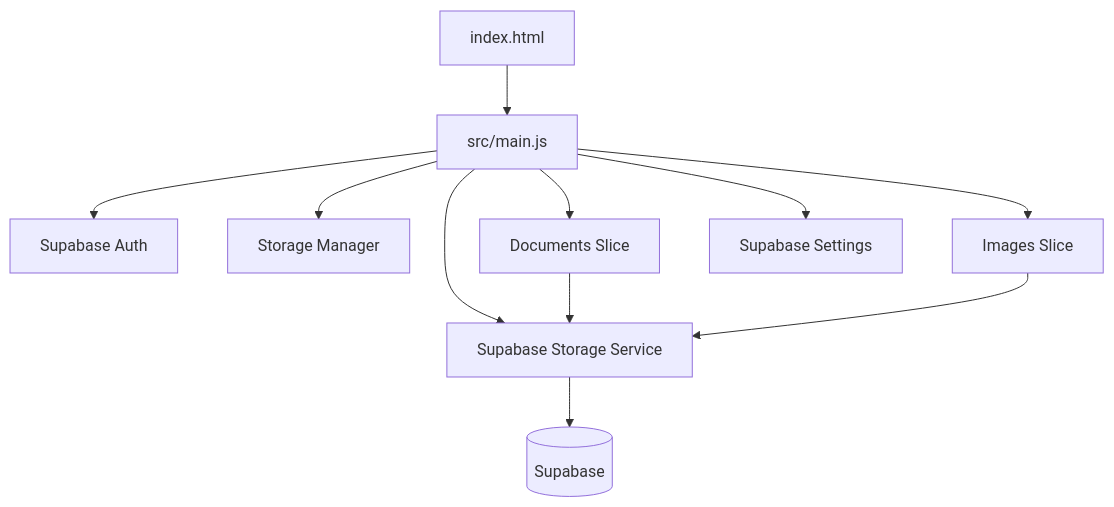
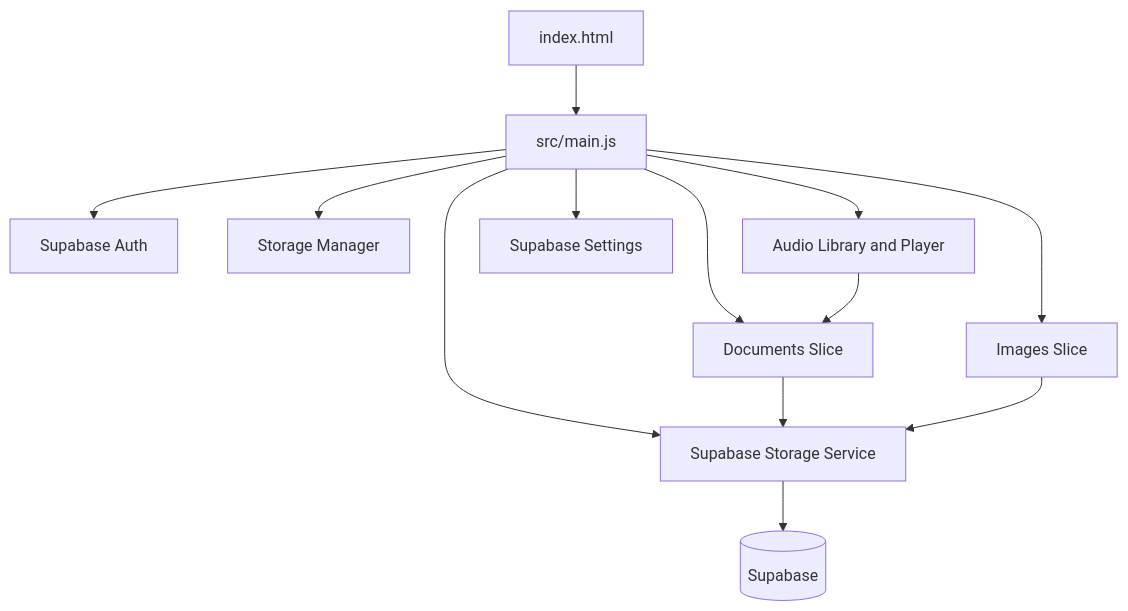
The diagram in README.md (invisibleacropolis-ops/InvisibleSupport), drawn with Mermaid before and after one commit. The commit also changed other lines of this file and 9 other files, not shown here.

````diff
--- a/README.md
+++ b/README.md
@@ -13,13 +13,15 @@
 ```mermaid
 graph TD
     Index[index.html] --> Main[src/main.js]
     Main --> Auth[Supabase Auth]
     Main --> Storage[Supabase Storage Service]
     Main --> StorageManager[Storage Manager]
     Main --> Documents[Documents Slice]
     Main --> Images[Images Slice]
+    Main --> Audio[Audio Library and Player]
     Main --> Settings[Supabase Settings]
     Documents --> Storage
     Images --> Storage
+    Audio --> Documents
     Storage --> Supabase[(Supabase)]
 ```
````
